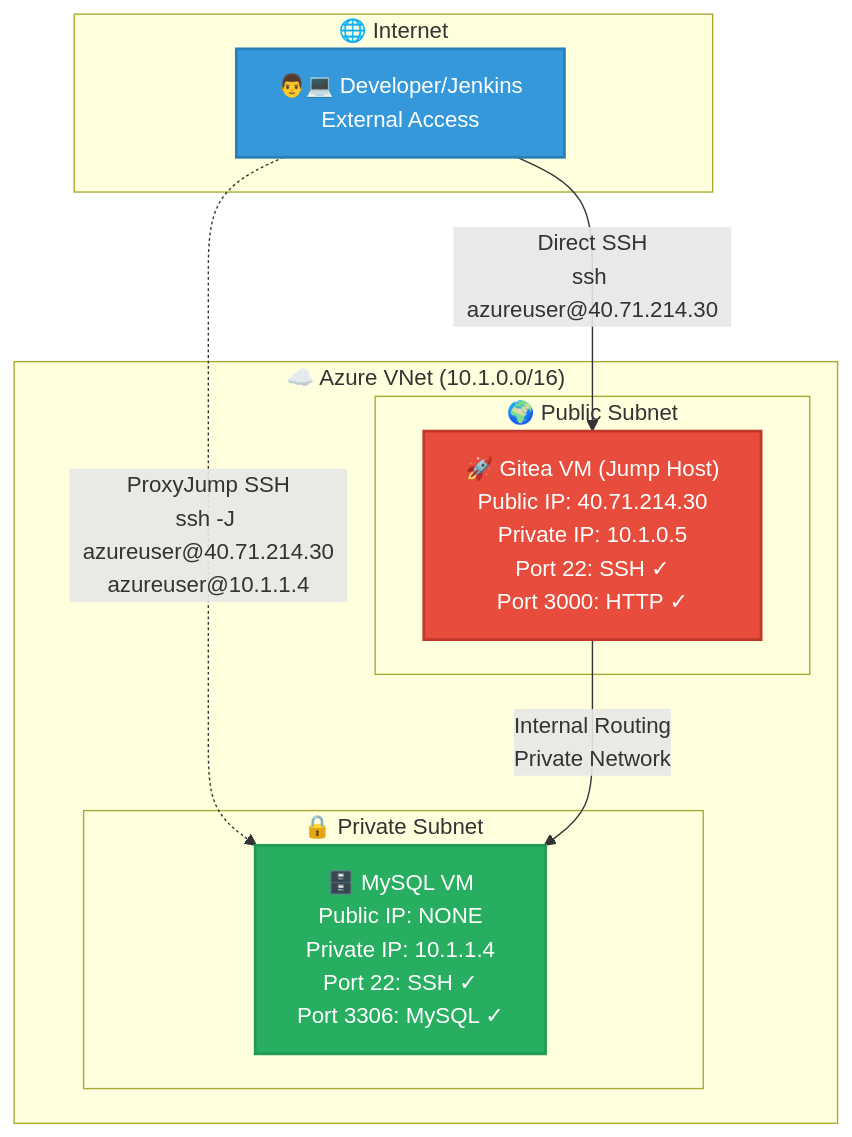
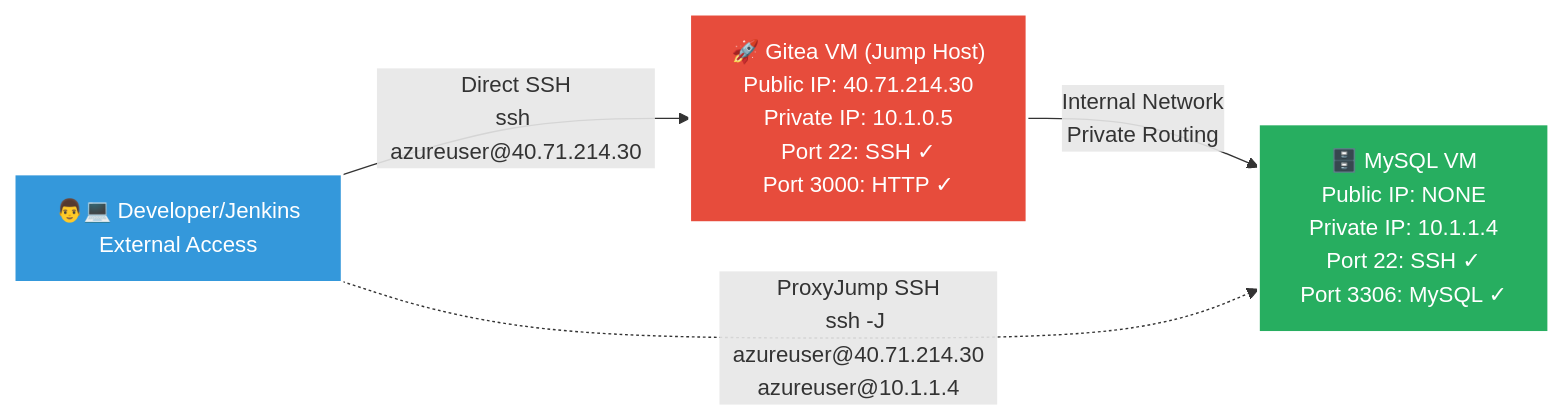
The sixth of 6 diagrams in docs/gitea-enhance.md (andreaendigital/DEMO3-PRESENTATION), drawn with Mermaid before and after one commit.

Commit message:
feat: Optimized SSH Jump Host Diagram Layout - Horizontal Design
- Converted SSH Jump Host mermaid diagram from vertical to horizontal layout
- Enhanced readability with left-to-right flow for better presentation
- Maintained all technical details: IP addresses, ports, connection commands
- Improved visual clarity while preserving comprehensive architecture information

Professional diagram optimization for enhanced documentation presentation.

Technical Team

````diff
--- a/docs/gitea-enhance.md
+++ b/docs/gitea-enhance.md
@@ -275,30 +275,16 @@
     ```mermaid
-    graph TB
-        subgraph Internet["🌐 Internet"]
-            Dev["👨💻 Developer/Jenkins<br/>External Access"]
-        end
+    graph LR
+        Dev["👨💻 Developer/Jenkins<br/>External Access"] -->|"Direct SSH<br/>ssh azureuser@40.71.214.30"| Gitea["🚀 Gitea VM (Jump Host)<br/>Public IP: 40.71.214.30<br/>Private IP: 10.1.0.5<br/>Port 22: SSH ✓<br/>Port 3000: HTTP ✓"]
         
-        subgraph Azure["☁️ Azure VNet (10.1.0.0/16)"]
-            subgraph Public["🌍 Public Subnet"]
-                Gitea["🚀 Gitea VM (Jump Host)<br/>Public IP: 40.71.214.30<br/>Private IP: 10.1.0.5<br/>Port 22: SSH ✓<br/>Port 3000: HTTP ✓"]
-            end
-            
-            subgraph Private["🔒 Private Subnet"]
-                MySQL["🗄️ MySQL VM<br/>Public IP: NONE<br/>Private IP: 10.1.1.4<br/>Port 22: SSH ✓<br/>Port 3306: MySQL ✓"]
-            end
-        end
+        Gitea -->|"Internal Network<br/>Private Routing"| MySQL["🗄️ MySQL VM<br/>Public IP: NONE<br/>Private IP: 10.1.1.4<br/>Port 22: SSH ✓<br/>Port 3306: MySQL ✓"]
         
-        %% Connections
-        Dev -->|"Direct SSH<br/>ssh azureuser@40.71.214.30"| Gitea
         Dev -.->|"ProxyJump SSH<br/>ssh -J azureuser@40.71.214.30<br/>azureuser@10.1.1.4"| MySQL
-        Gitea -->|"Internal Routing<br/>Private Network"| MySQL
         
-        %% Styling
-        classDef public fill:#e74c3c,stroke:#c0392b,stroke-width:2px,color:#fff
-        classDef private fill:#27ae60,stroke:#229954,stroke-width:2px,color:#fff
-        classDef external fill:#3498db,stroke:#2980b9,stroke-width:2px,color:#fff
+        classDef public fill:#e74c3c,stroke:#fff,stroke-width:2px,color:#fff
+        classDef private fill:#27ae60,stroke:#fff,stroke-width:2px,color:#fff
+        classDef external fill:#3498db,stroke:#fff,stroke-width:2px,color:#fff
         
         class Gitea public
         class MySQL private
         class Dev external
     ```
````
